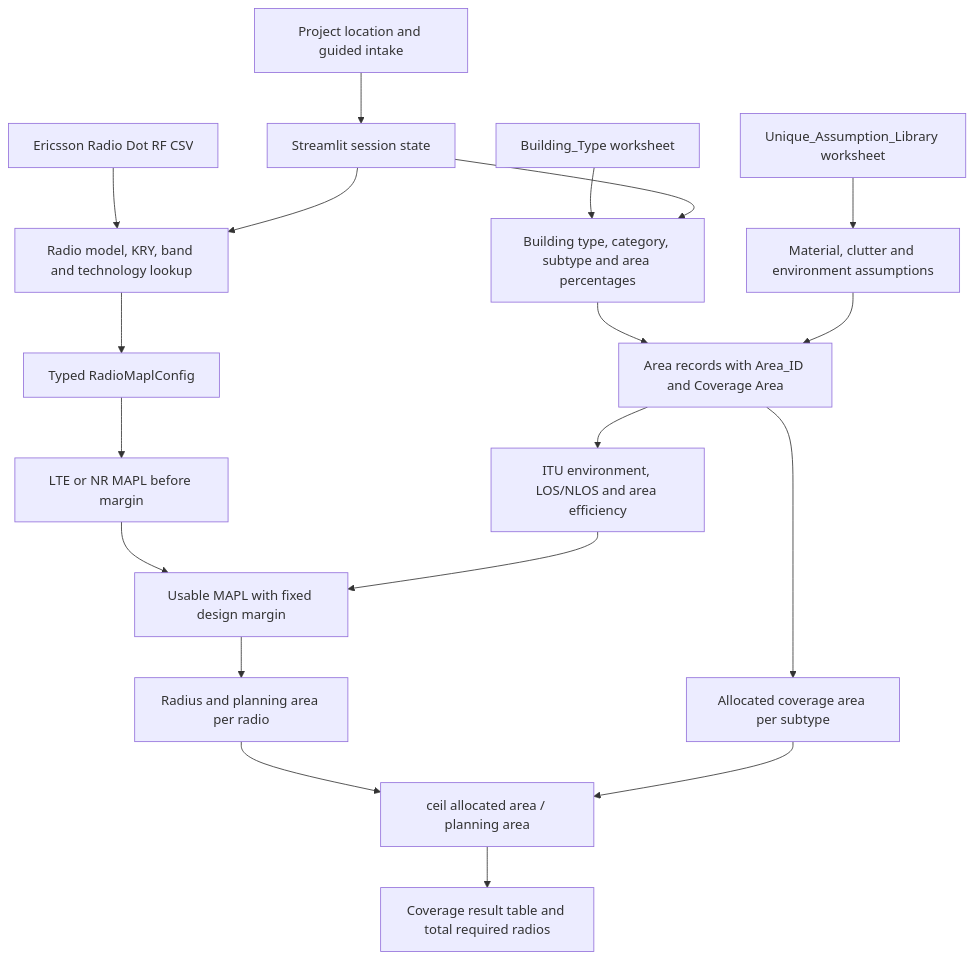
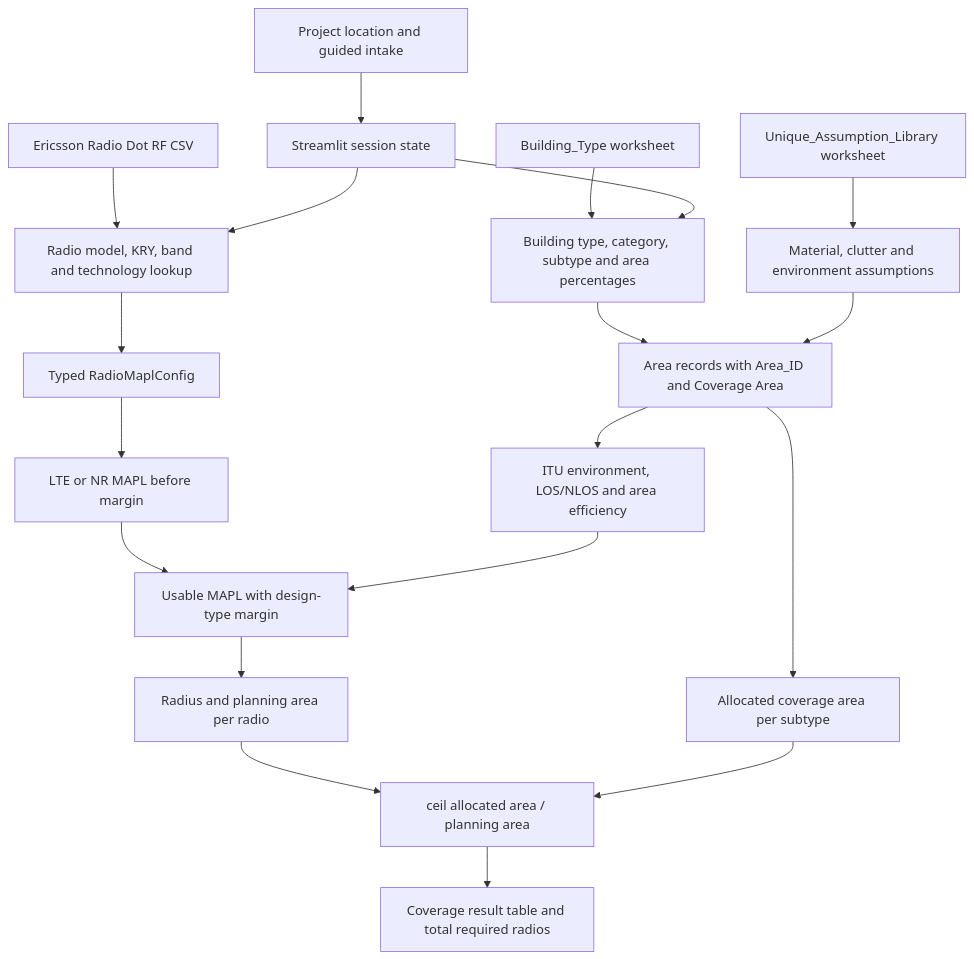
The diagram in docs/RF_ROM_TOOL_ENGINEERING_GUIDE.md (AhmedFuzail/AI-Assisted-RF-Coverage---ROM-Estimation-Tool), drawn with Mermaid before and after one commit. The commit also changed other lines of this file and 7 other files, not shown here.

````diff
--- a/docs/RF_ROM_TOOL_ENGINEERING_GUIDE.md
+++ b/docs/RF_ROM_TOOL_ENGINEERING_GUIDE.md
@@ -31,21 +31,21 @@
 ```mermaid
 flowchart TD
     A["Project location and guided intake"] --> B["Streamlit session state"]
     X["Building_Type worksheet"] --> C["Building type, category, subtype and area percentages"]
     Y["Unique_Assumption_Library worksheet"] --> D["Material, clutter and environment assumptions"]
     B --> C
     C --> E["Area records with Area_ID and Coverage Area"]
     D --> E
     R["Ericsson Radio Dot RF CSV"] --> F["Radio model, KRY, band and technology lookup"]
     B --> F
     F --> G["Typed RadioMaplConfig"]
     G --> H["LTE or NR MAPL before margin"]
     E --> I["ITU environment, LOS/NLOS and area efficiency"]
-    H --> J["Usable MAPL with fixed design margin"]
+    H --> J["Usable MAPL with design-type margin"]
     I --> J
     J --> K["Radius and planning area per radio"]
     E --> L["Allocated coverage area per subtype"]
     K --> M["ceil allocated area / planning area"]
     L --> M
     M --> N["Coverage result table and total required radios"]
 ```
````
